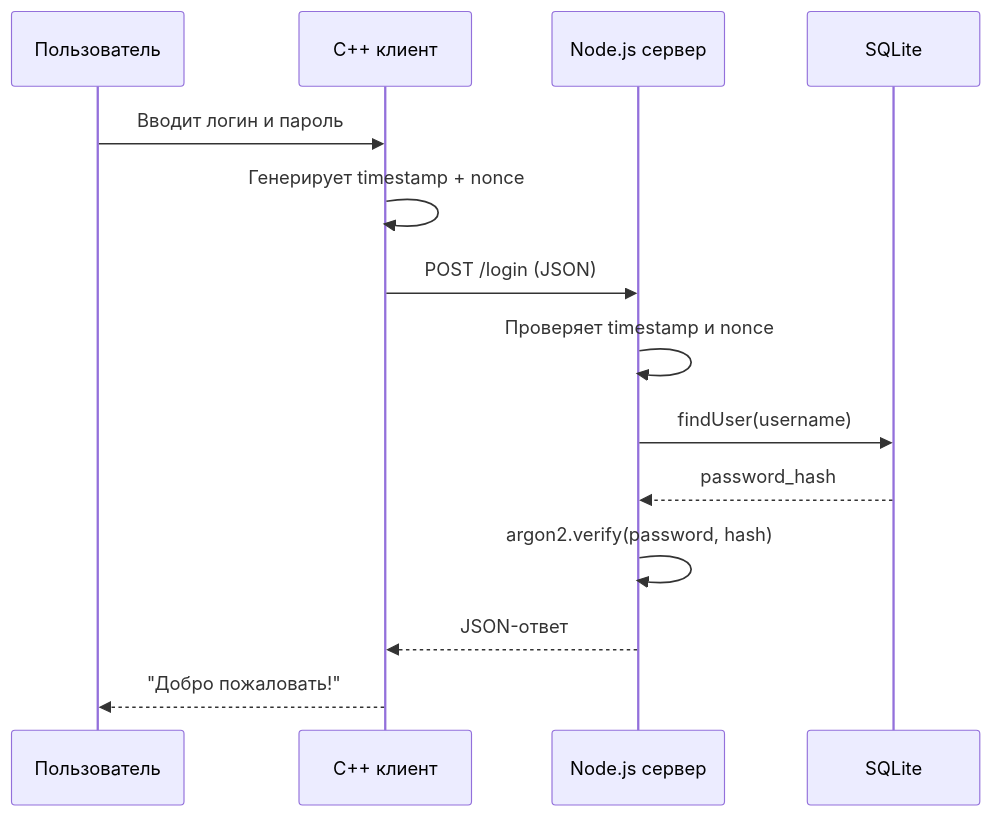
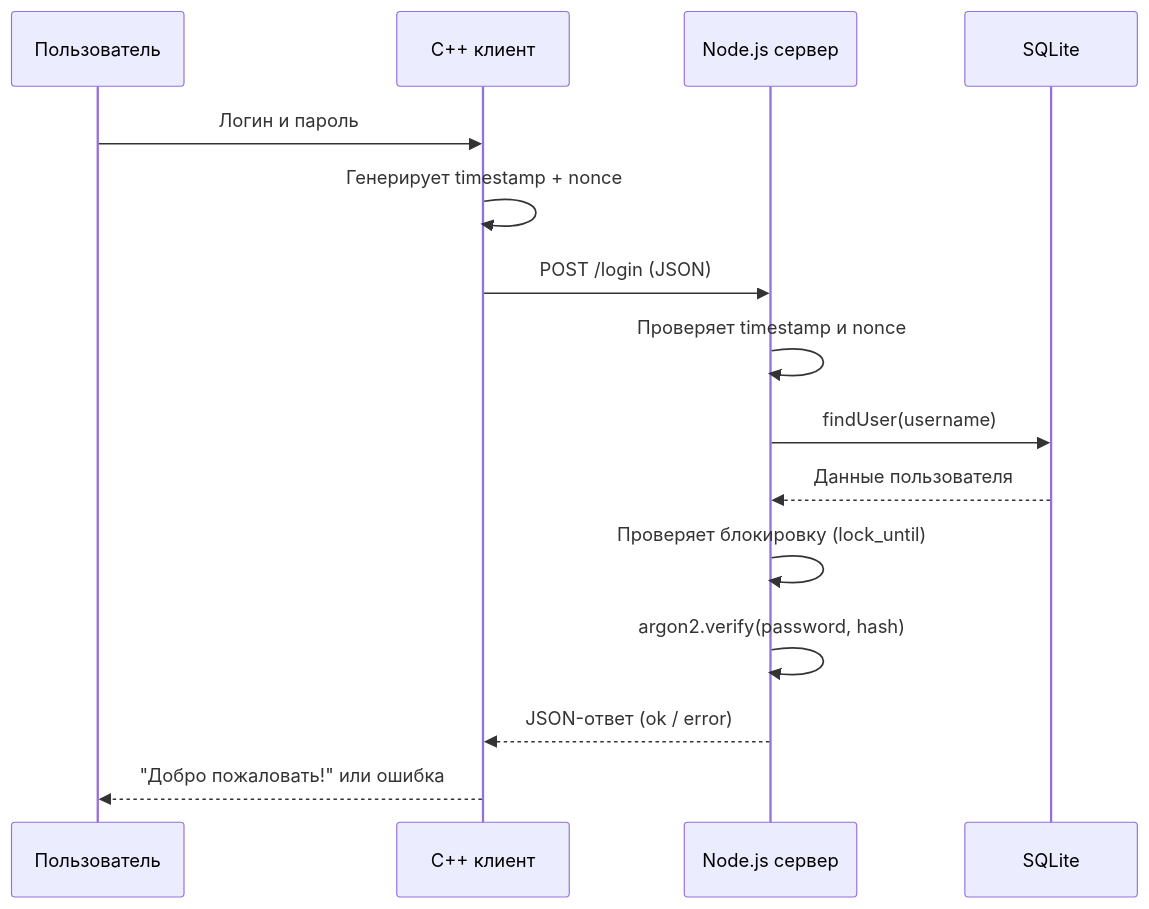
Before and after one commit to 05Yana05/lab1: the diagram in README.md, drawn with Mermaid.

Commit message:
README.md

````diff
--- a/README.md
+++ b/README.md
@@ -12,17 +12,18 @@
 ```mermaid
 sequenceDiagram
     participant User as Пользователь
     participant Client as C++ клиент
     participant Server as Node.js сервер
     participant DB as SQLite
 
-    User->>Client: Вводит логин и пароль
+    User->>Client: Логин и пароль
     Client->>Client: Генерирует timestamp + nonce
     Client->>Server: POST /login (JSON)
     Server->>Server: Проверяет timestamp и nonce
     Server->>DB: findUser(username)
-    DB-->>Server: password_hash
+    DB-->>Server: Данные пользователя
+    Server->>Server: Проверяет блокировку (lock_until)
     Server->>Server: argon2.verify(password, hash)
-    Server-->>Client: JSON-ответ
-    Client-->>User: "Добро пожаловать!"
+    Server-->>Client: JSON-ответ (ok / error)
+    Client-->>User: "Добро пожаловать!" или ошибка
 ```
````
